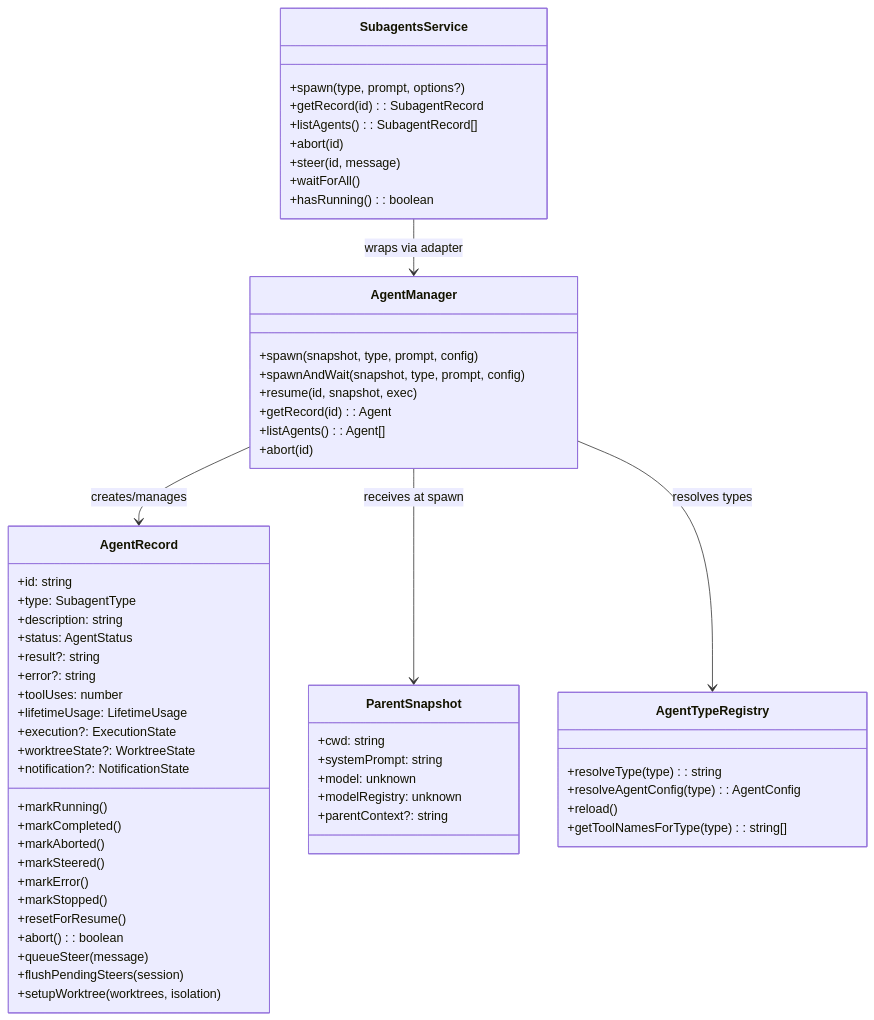
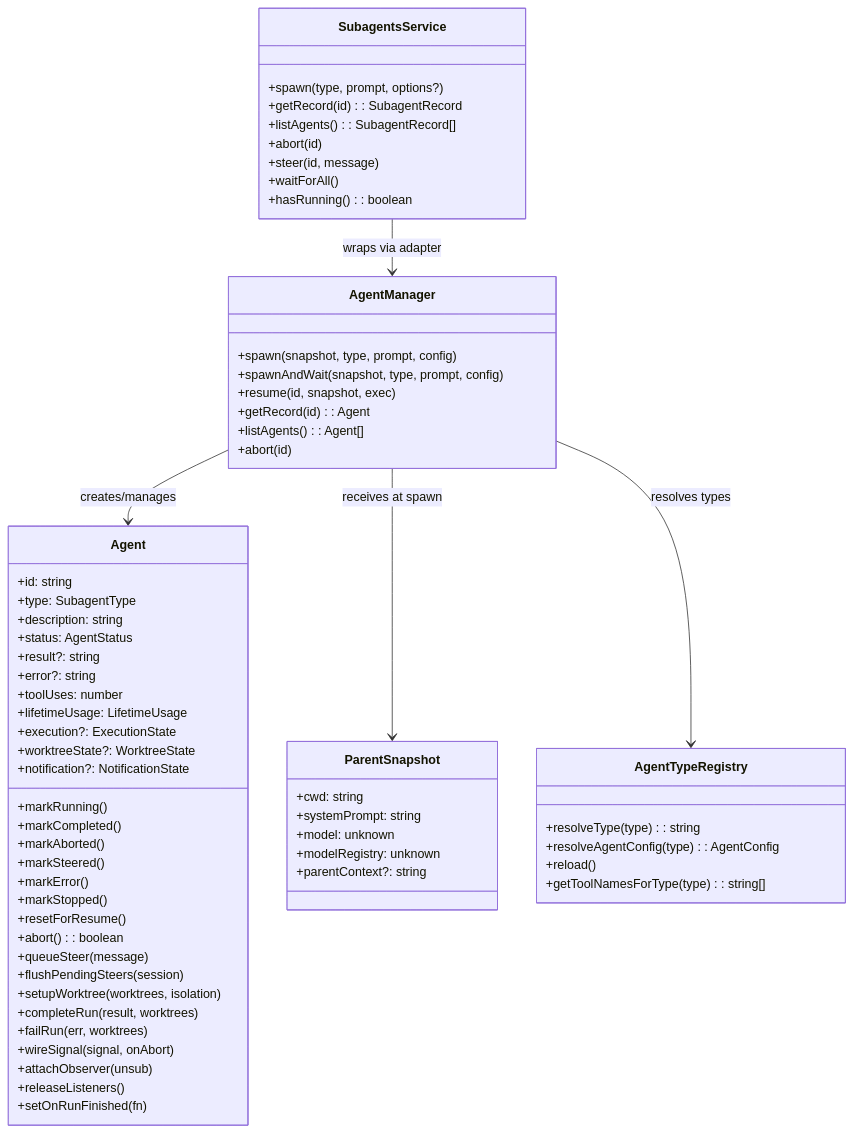
One commit to ttdua/pi-subagents changed the second of 6 diagrams in docs/architecture/architecture.md. Above: the diagram before and after it, drawn with Mermaid. The commit also changed other lines of this file, not shown here.

Commit message:
docs(pi-subagents): update architecture for async startAgent

````diff
--- a/docs/architecture/architecture.md
+++ b/docs/architecture/architecture.md
@@ -102,66 +102,72 @@
 ```mermaid
 classDiagram
-    class AgentRecord {
+    class Agent {
         +id: string
         +type: SubagentType
         +description: string
         +status: AgentStatus
         +result?: string
         +error?: string
         +toolUses: number
         +lifetimeUsage: LifetimeUsage
         +execution?: ExecutionState
         +worktreeState?: WorktreeState
         +notification?: NotificationState
         +markRunning()
         +markCompleted()
         +markAborted()
         +markSteered()
         +markError()
         +markStopped()
         +resetForResume()
         +abort(): boolean
         +queueSteer(message)
         +flushPendingSteers(session)
         +setupWorktree(worktrees, isolation)
+        +completeRun(result, worktrees)
+        +failRun(err, worktrees)
+        +wireSignal(signal, onAbort)
+        +attachObserver(unsub)
+        +releaseListeners()
+        +setOnRunFinished(fn)
     }
 
     class AgentManager {
         +spawn(snapshot, type, prompt, config)
         +spawnAndWait(snapshot, type, prompt, config)
         +resume(id, snapshot, exec)
         +getRecord(id): Agent
         +listAgents(): Agent[]
         +abort(id)
     }
 
     class AgentTypeRegistry {
         +resolveType(type): string
         +resolveAgentConfig(type): AgentConfig
         +reload()
         +getToolNamesForType(type): string[]
     }
 
     class ParentSnapshot {
         +cwd: string
         +systemPrompt: string
         +model: unknown
         +modelRegistry: unknown
         +parentContext?: string
     }
 
     class SubagentsService {
         +spawn(type, prompt, options?)
         +getRecord(id): SubagentRecord
         +listAgents(): SubagentRecord[]
         +abort(id)
         +steer(id, message)
         +waitForAll()
         +hasRunning(): boolean
     }
 
-    AgentManager --> AgentRecord : creates/manages
+    AgentManager --> Agent : creates/manages
     AgentManager --> ParentSnapshot : receives at spawn
     SubagentsService --> AgentManager : wraps via adapter
     AgentManager --> AgentTypeRegistry : resolves types
 ```
````
